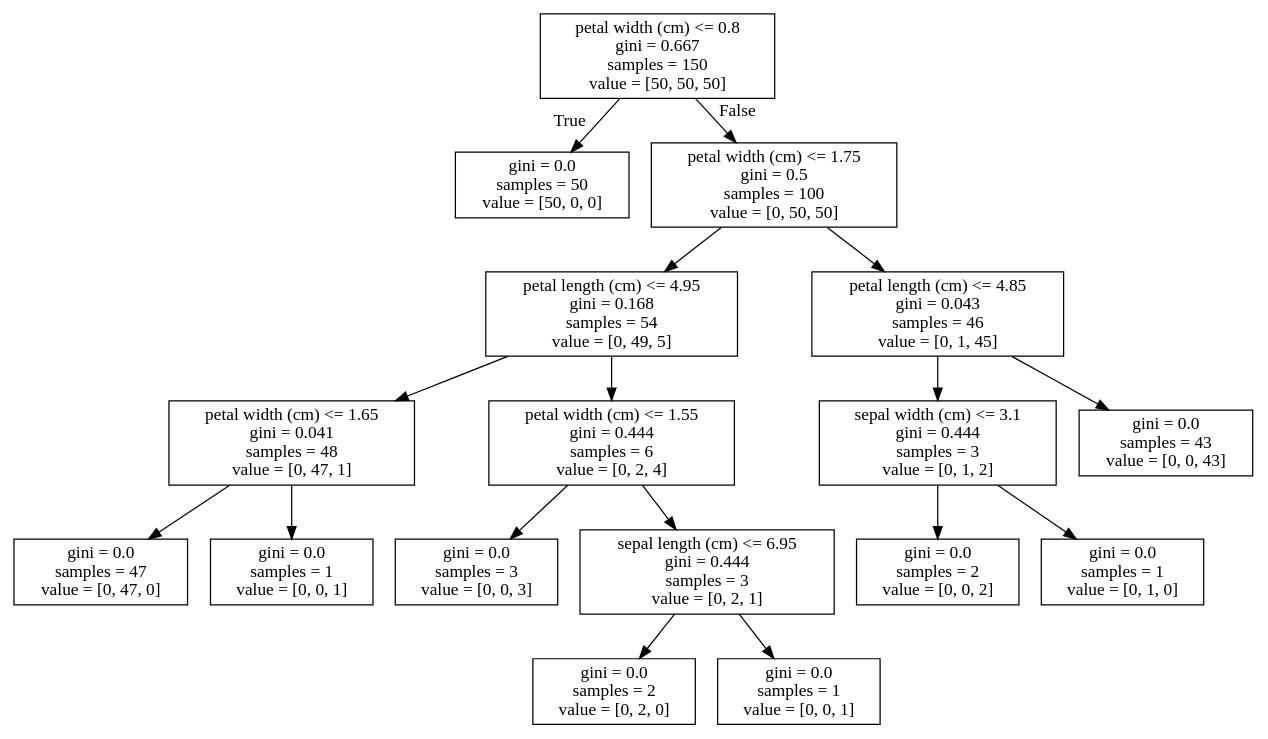
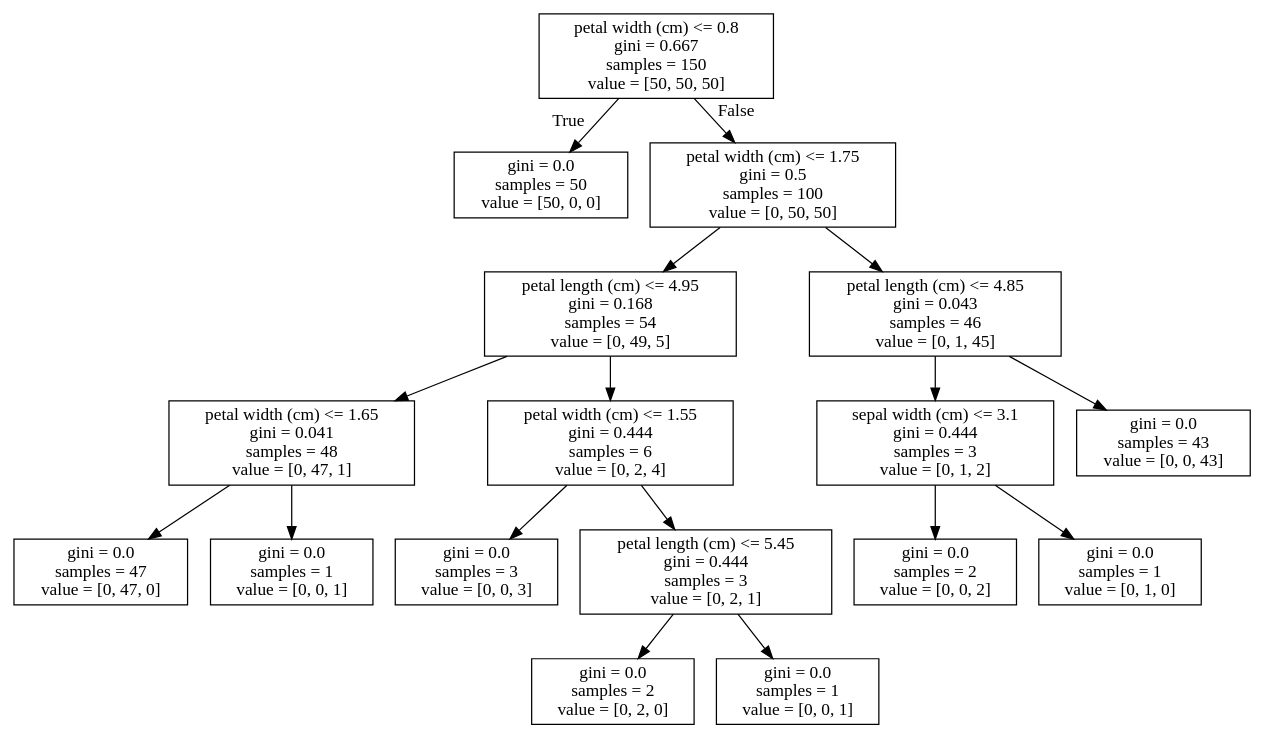
Before and after one commit to Asgavar/studia: the diagram in semestr_5_zima_2019_20/explo/list05/iris.dot, drawn with Graphviz. The commit also changed 7 other files, not shown here.

```diff
--- a/semestr_5_zima_2019_20/explo/list05/iris.dot
+++ b/semestr_5_zima_2019_20/explo/list05/iris.dot
@@ -1,36 +1,36 @@
 digraph Tree {
 node [shape=box] ;
 0 [label="petal width (cm) <= 0.8\ngini = 0.667\nsamples = 150\nvalue = [50, 50, 50]"] ;
 1 [label="gini = 0.0\nsamples = 50\nvalue = [50, 0, 0]"] ;
 0 -> 1 [labeldistance=2.5, labelangle=45, headlabel="True"] ;
 2 [label="petal width (cm) <= 1.75\ngini = 0.5\nsamples = 100\nvalue = [0, 50, 50]"] ;
 0 -> 2 [labeldistance=2.5, labelangle=-45, headlabel="False"] ;
 3 [label="petal length (cm) <= 4.95\ngini = 0.168\nsamples = 54\nvalue = [0, 49, 5]"] ;
 2 -> 3 ;
 4 [label="petal width (cm) <= 1.65\ngini = 0.041\nsamples = 48\nvalue = [0, 47, 1]"] ;
 3 -> 4 ;
 5 [label="gini = 0.0\nsamples = 47\nvalue = [0, 47, 0]"] ;
 4 -> 5 ;
 6 [label="gini = 0.0\nsamples = 1\nvalue = [0, 0, 1]"] ;
 4 -> 6 ;
 7 [label="petal width (cm) <= 1.55\ngini = 0.444\nsamples = 6\nvalue = [0, 2, 4]"] ;
 3 -> 7 ;
 8 [label="gini = 0.0\nsamples = 3\nvalue = [0, 0, 3]"] ;
 7 -> 8 ;
-9 [label="sepal length (cm) <= 6.95\ngini = 0.444\nsamples = 3\nvalue = [0, 2, 1]"] ;
+9 [label="petal length (cm) <= 5.45\ngini = 0.444\nsamples = 3\nvalue = [0, 2, 1]"] ;
 7 -> 9 ;
 10 [label="gini = 0.0\nsamples = 2\nvalue = [0, 2, 0]"] ;
 9 -> 10 ;
 11 [label="gini = 0.0\nsamples = 1\nvalue = [0, 0, 1]"] ;
 9 -> 11 ;
 12 [label="petal length (cm) <= 4.85\ngini = 0.043\nsamples = 46\nvalue = [0, 1, 45]"] ;
 2 -> 12 ;
 13 [label="sepal width (cm) <= 3.1\ngini = 0.444\nsamples = 3\nvalue = [0, 1, 2]"] ;
 12 -> 13 ;
 14 [label="gini = 0.0\nsamples = 2\nvalue = [0, 0, 2]"] ;
 13 -> 14 ;
 15 [label="gini = 0.0\nsamples = 1\nvalue = [0, 1, 0]"] ;
 13 -> 15 ;
 16 [label="gini = 0.0\nsamples = 43\nvalue = [0, 0, 43]"] ;
 12 -> 16 ;
 }
```
